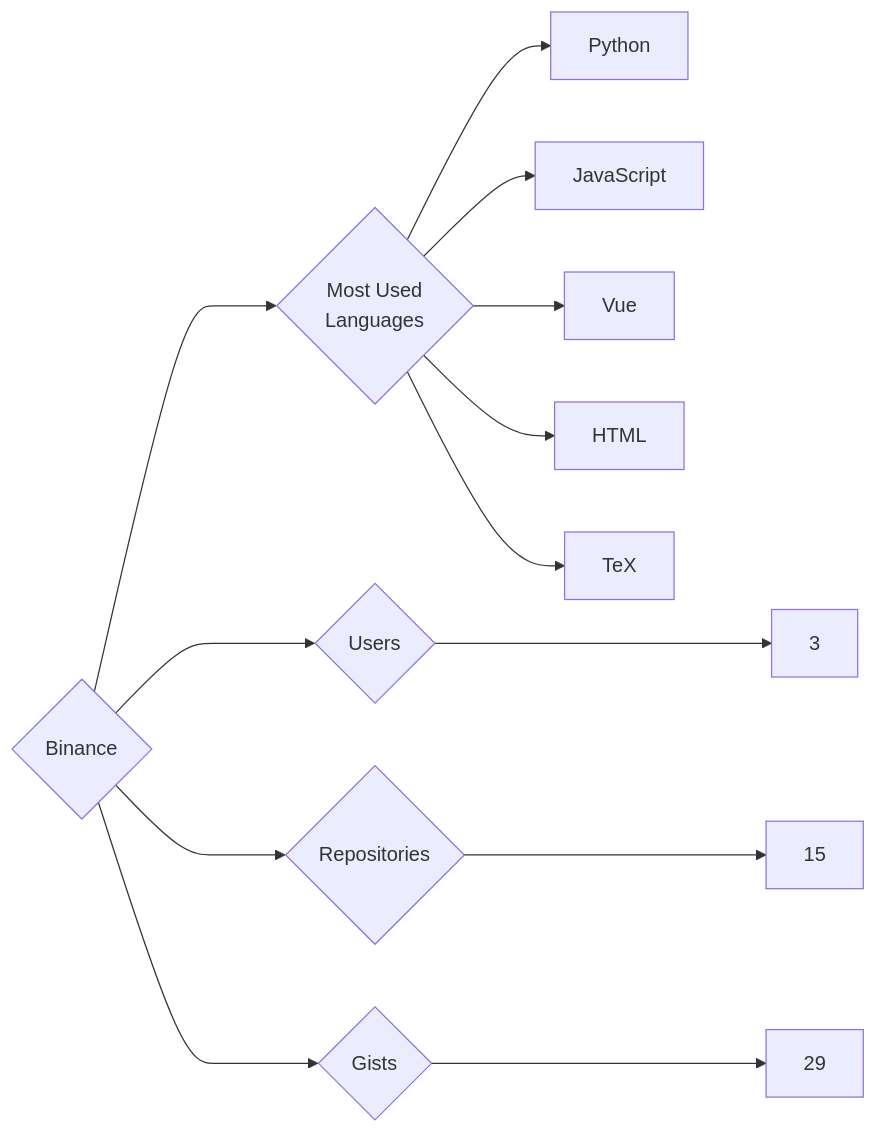
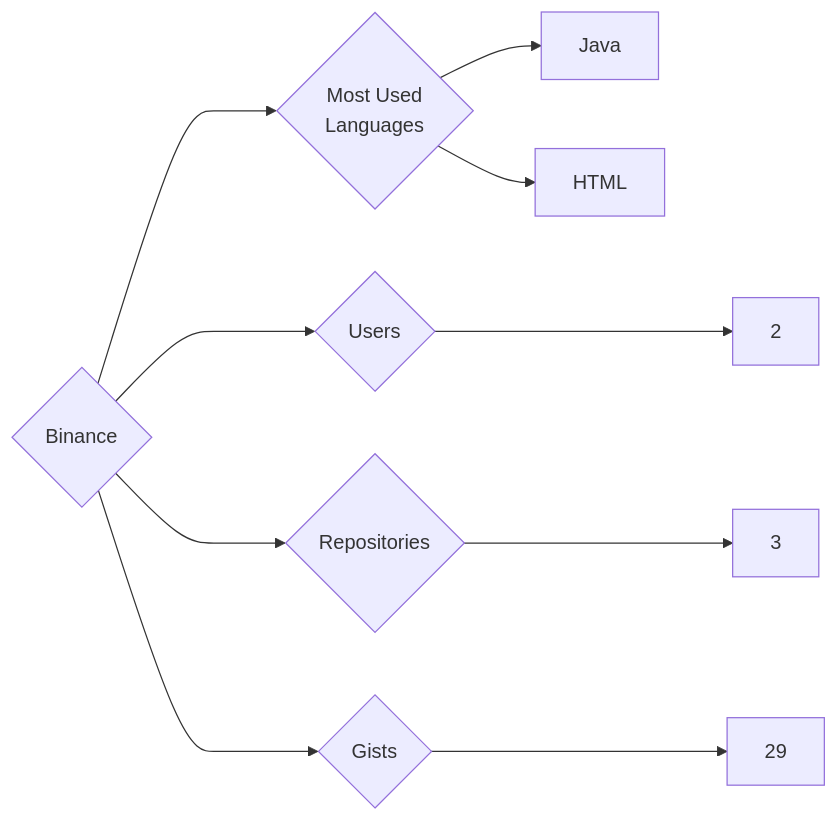
Before and after one commit to trickest/insiders: the diagram in targets/Binance/README.md, drawn with Mermaid. The commit also changed 1092 other files, not shown here.

````diff
--- a/targets/Binance/README.md
+++ b/targets/Binance/README.md
@@ -3,13 +3,10 @@
 ```mermaid
 graph LR
 COMPANY_NAME{Binance}
-COMPANY_NAME ---> U{Users} ---> UN[3]
-COMPANY_NAME ---> R{Repositories} ---> RN[15]
+COMPANY_NAME ---> U{Users} ---> UN[2]
+COMPANY_NAME ---> R{Repositories} ---> RN[3]
 COMPANY_NAME ---> G{Gists} ---> GN[29]
 COMPANY_NAME ---> ML{Most Used<br>Languages}
-ML --> Python[Python]
-ML --> JavaScript[JavaScript]
-ML --> Vue[Vue]
+ML --> Java[Java]
 ML --> HTML[HTML]
-ML --> TeX[TeX]
 ```
````
